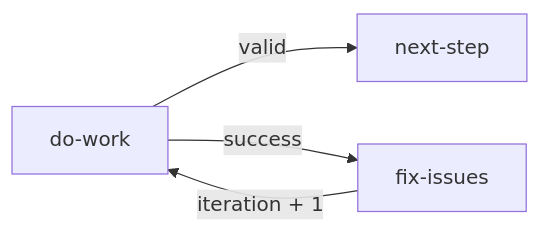
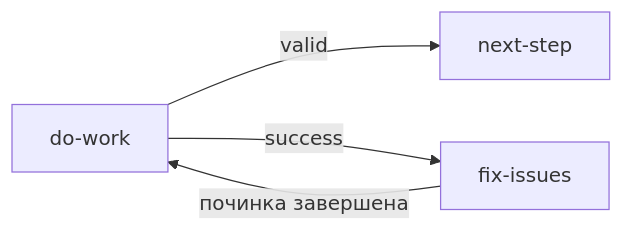
The first of 4 diagrams in packages/mcp-server/src/help/content/ru/guides/workflow-creation.md (moira-mcp/moira), drawn with Mermaid before and after one commit. The commit also changed other lines of this file and 417 other files, not shown here.

````diff
--- a/packages/mcp-server/src/help/content/ru/guides/workflow-creation.md
+++ b/packages/mcp-server/src/help/content/ru/guides/workflow-creation.md
@@ -43,6 +44,6 @@
 ```mermaid
 flowchart LR
     A[do-work] -->|valid| B[next-step]
     A -->|success| C[fix-issues]
-    C -->|iteration + 1| A
+    C -->|починка завершена| A
 ```
````
